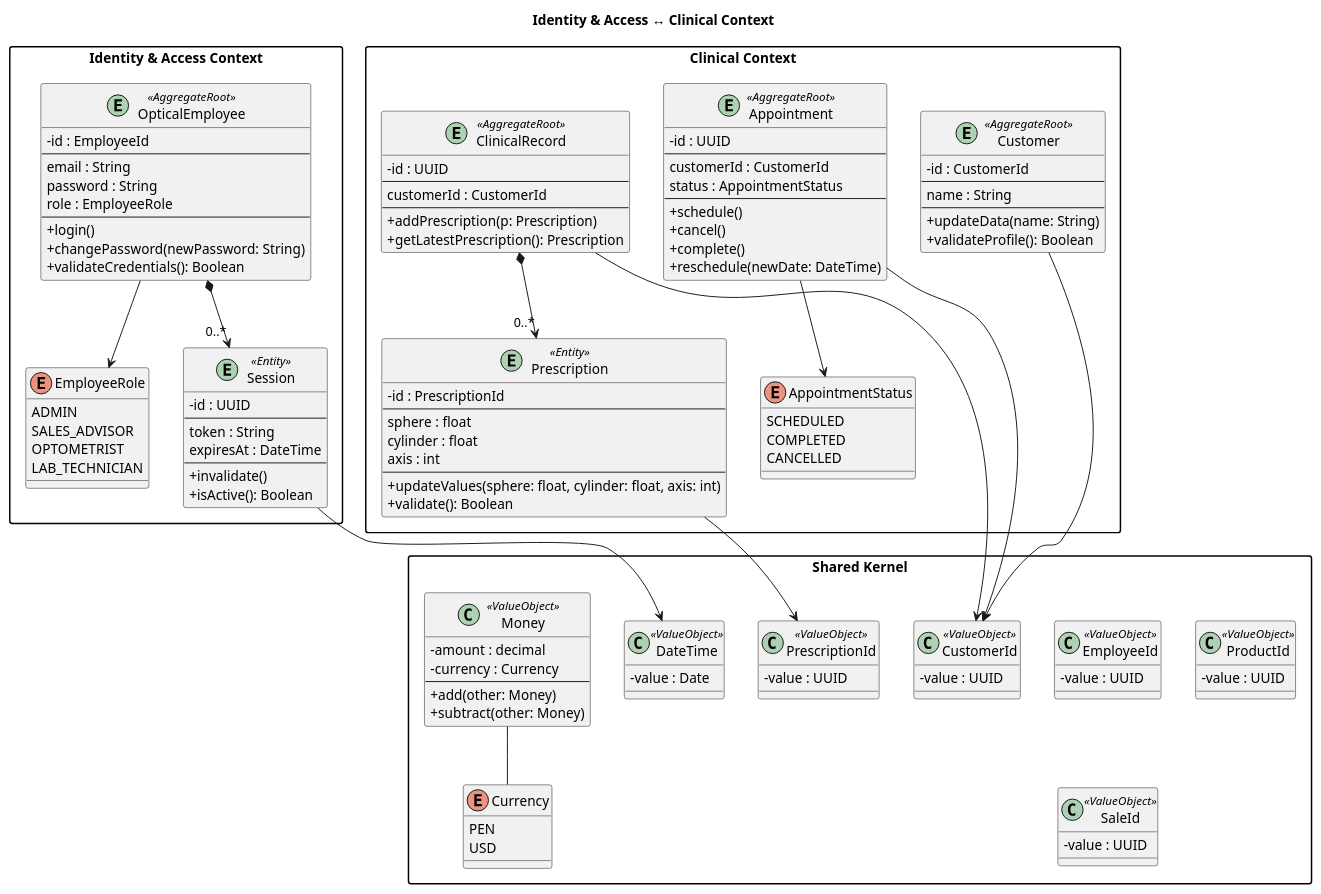
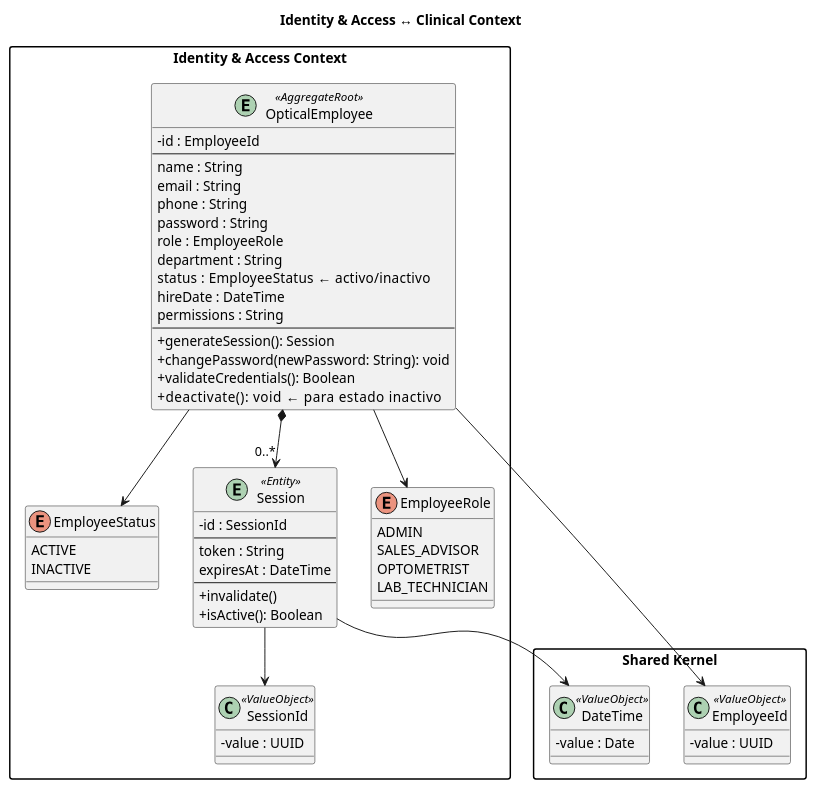
The diagram in docs/class-diagrams-backend/class-diagram-iam-clinical.puml (1asi0730-2610-10203-OptiFlow/OptiFlow-Report-Stable), drawn with PlantUML before and after one commit. The commit also changed 5 other files, not shown here.

Commit message:
docs(backend-diagrams): update backend class diagrams

```diff
--- a/docs/class-diagrams-backend/class-diagram-iam-clinical.puml
+++ b/docs/class-diagrams-backend/class-diagram-iam-clinical.puml
@@ -1,133 +1,68 @@
 @startuml
 title Identity & Access ↔ Clinical Context
 skinparam classAttributeIconSize 0
 skinparam packageStyle rectangle
 
 package "Shared Kernel" {
-class "CustomerId" <<ValueObject>> {
-- value : UUID
-}
+
 class "EmployeeId" <<ValueObject>> {
 - value : UUID
 }
-class "PrescriptionId" <<ValueObject>> {
-- value : UUID
-}
-class "ProductId" <<ValueObject>> {
-- value : UUID
-}
-class "SaleId" <<ValueObject>> {
-- value : UUID
-}
+
 class "DateTime" <<ValueObject>> {
 - value : Date
 }
-class "Money" <<ValueObject>> {
-- amount : decimal
-- currency : Currency
---
-+ add(other: Money)
-+ subtract(other: Money)
-}
-enum Currency {
-PEN
-USD
-}
-Money -- Currency
 }
 
 package "Identity & Access Context" {
-
+class "SessionId" <<ValueObject>> {
+- value : UUID
+}
 entity "OpticalEmployee" <<AggregateRoot>> {
-- id : EmployeeId
---
-email : String
-password : String
-role : EmployeeRole
---
-+ login()
-+ changePassword(newPassword: String)
-+ validateCredentials(): Boolean
+  - id : EmployeeId
+  --
+  name : String
+  email : String
+  phone : String
+  password : String
+  role : EmployeeRole
+  department : String
+  status : EmployeeStatus    ← activo/inactivo
+  hireDate : DateTime
+  permissions : String
+  --
+  + generateSession(): Session
+  + changePassword(newPassword: String): void
+  + validateCredentials(): Boolean
+  + deactivate(): void       ← para estado inactivo
 }
 
+enum EmployeeStatus {
+  ACTIVE
+  INACTIVE
+}
 entity "Session" <<Entity>> {
-- id : UUID
+- id : SessionId
 --
 token : String
 expiresAt : DateTime
 --
 + invalidate()
 + isActive(): Boolean
 }
-
 enum EmployeeRole {
 ADMIN
 SALES_ADVISOR
 OPTOMETRIST
 LAB_TECHNICIAN
 }
-
 OpticalEmployee *--> "0..*" Session
 OpticalEmployee --> EmployeeRole
+Session --> SessionId
 Session --> DateTime
-}
+OpticalEmployee --> EmployeeId
+OpticalEmployee --> EmployeeStatus
 
-package "Clinical Context" {
-
-entity "Customer" <<AggregateRoot>> {
-- id : CustomerId
---
-name : String
---
-+ updateData(name: String)
-+ validateProfile(): Boolean
-}
-
-entity "ClinicalRecord" <<AggregateRoot>> {
-- id : UUID
---
-customerId : CustomerId
---
-+ addPrescription(p: Prescription)
-+ getLatestPrescription(): Prescription
-}
-
-entity "Appointment" <<AggregateRoot>> {
-- id : UUID
---
-customerId : CustomerId
-status : AppointmentStatus
---
-+ schedule()
-+ cancel()
-+ complete()
-+ reschedule(newDate: DateTime)
-}
-
-entity "Prescription" <<Entity>> {
-- id : PrescriptionId
---
-sphere : float
-cylinder : float
-axis : int
---
-+ updateValues(sphere: float, cylinder: float, axis: int)
-+ validate(): Boolean
-}
-
-enum AppointmentStatus {
-SCHEDULED
-COMPLETED
-CANCELLED
-}
-
-Customer --> CustomerId
-ClinicalRecord --> CustomerId
-Appointment --> CustomerId
-Appointment --> AppointmentStatus
-
-ClinicalRecord *--> "0..*" Prescription
-Prescription --> PrescriptionId
 }
 
 @enduml
```
